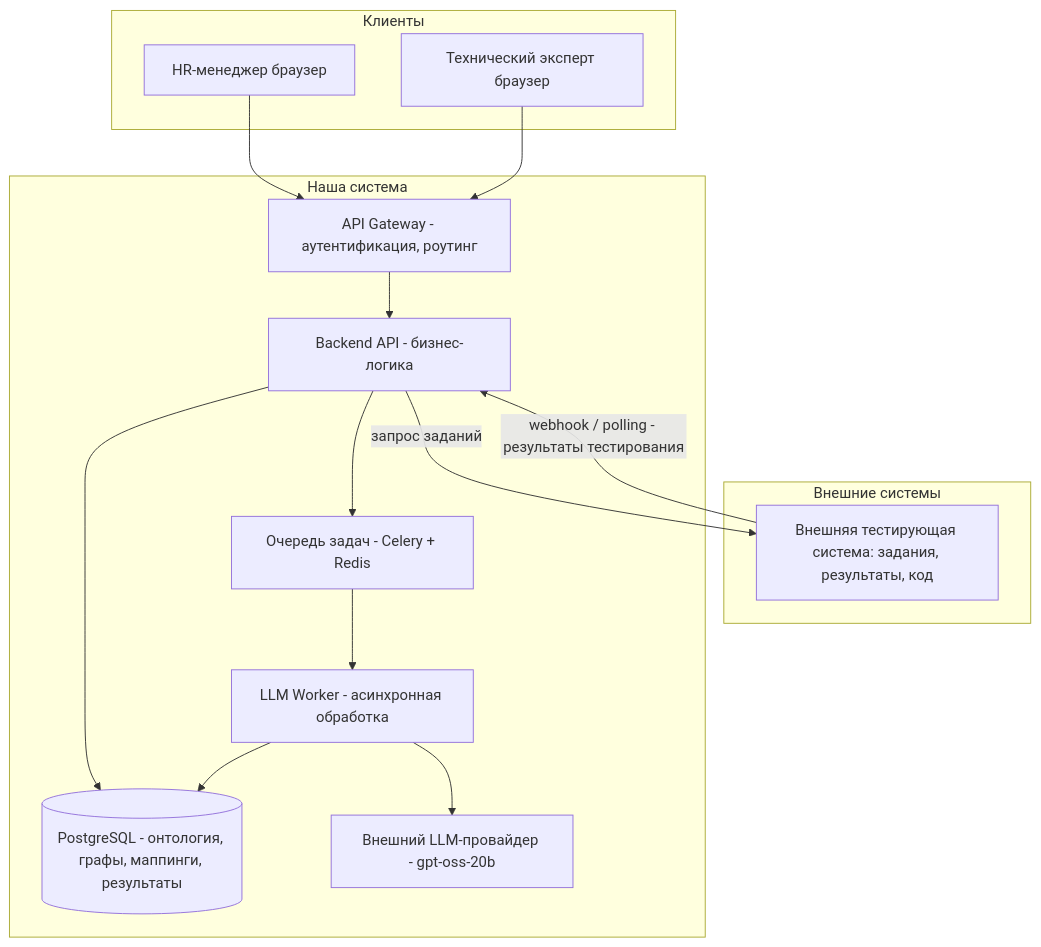
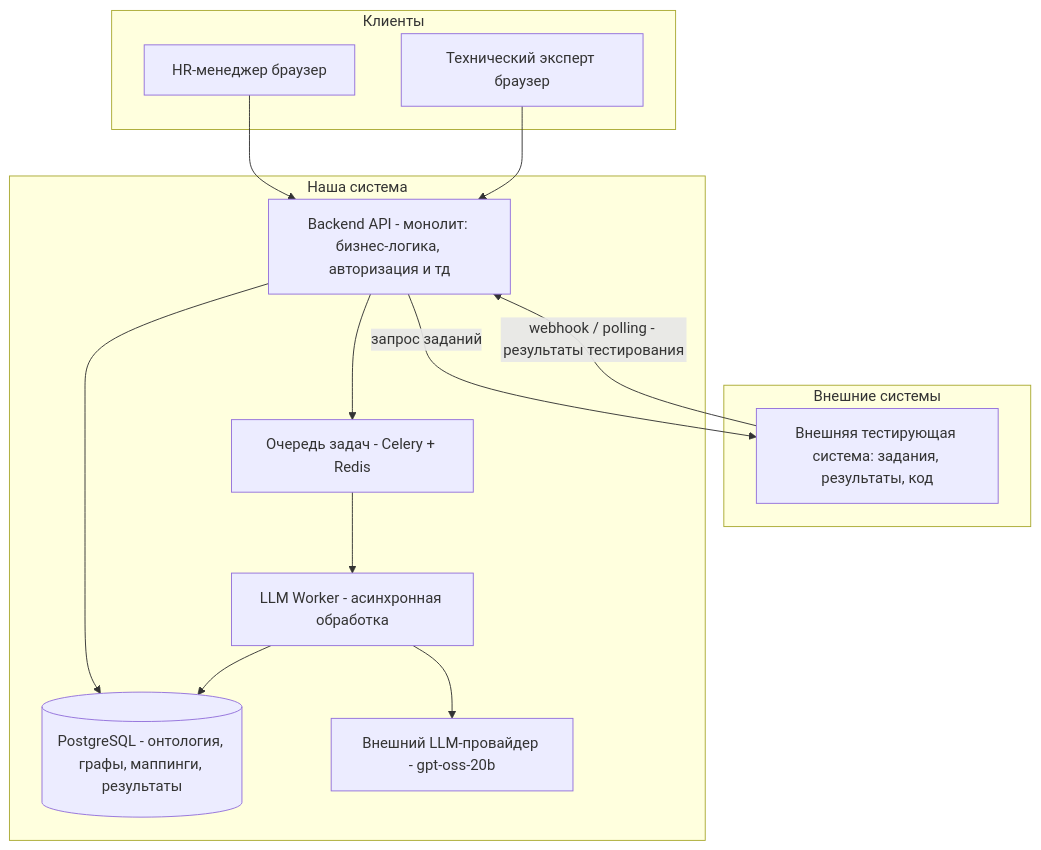
The second of 2 diagrams in ml_system_design_doc.md (ruslantur77/ai-competency-profiler), drawn with Mermaid before and after one commit. The commit also changed other lines of this file, not shown here.

Commit message:
docs: update ml system design dock

````diff
--- a/ml_system_design_doc.md
+++ b/ml_system_design_doc.md
@@ -361,31 +361,29 @@
 ```mermaid
 flowchart TD
     subgraph Клиенты
         HR[HR-менеджер браузер]
         EXP[Технический эксперт браузер]
     end
 
     subgraph Внешние системы
         EXT[Внешняя тестирующая система: задания, результаты, код]
     end
 
     subgraph Наша система
-        GW[API Gateway - аутентификация, роутинг]
-        APP[Backend API - бизнес-логика]
+        APP[Backend API - монолит: бизнес-логика, авторизация и тд]
         LLM_W[LLM Worker - асинхронная обработка]
         DB[(PostgreSQL - онтология, графы, маппинги, результаты)]
         QUEUE[Очередь задач - Celery + Redis]
         LLM[Внешний LLM-провайдер - gpt-oss-20b]
     end
 
-    HR --> GW
-    EXP --> GW
-    GW --> APP
+    HR --> APP
+    EXP --> APP
     APP --> DB
     APP --> QUEUE
     QUEUE --> LLM_W
     LLM_W --> LLM
     LLM_W --> DB
     EXT -->|webhook / polling - результаты тестирования| APP
     APP -->|запрос заданий| EXT
 ```
````
